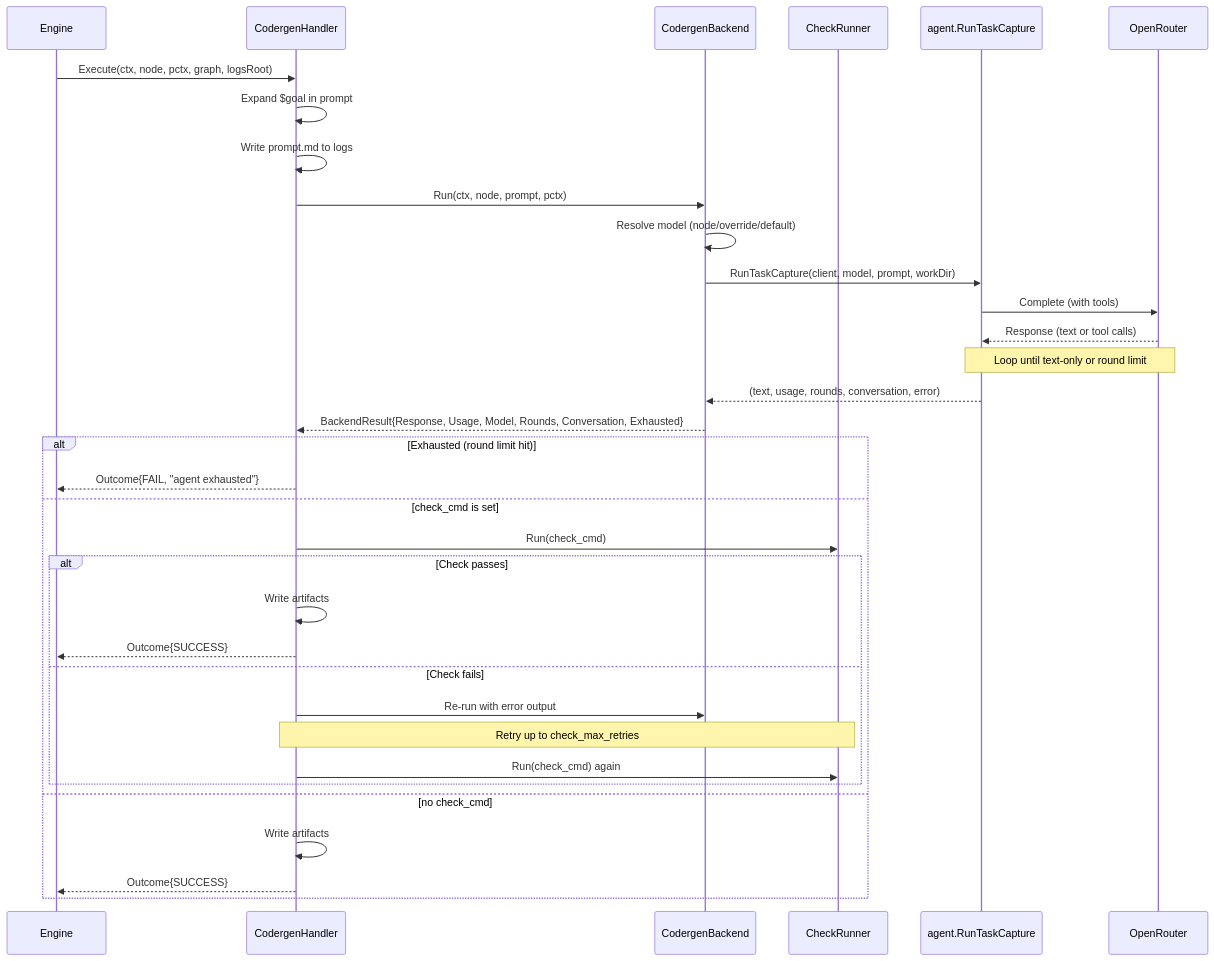
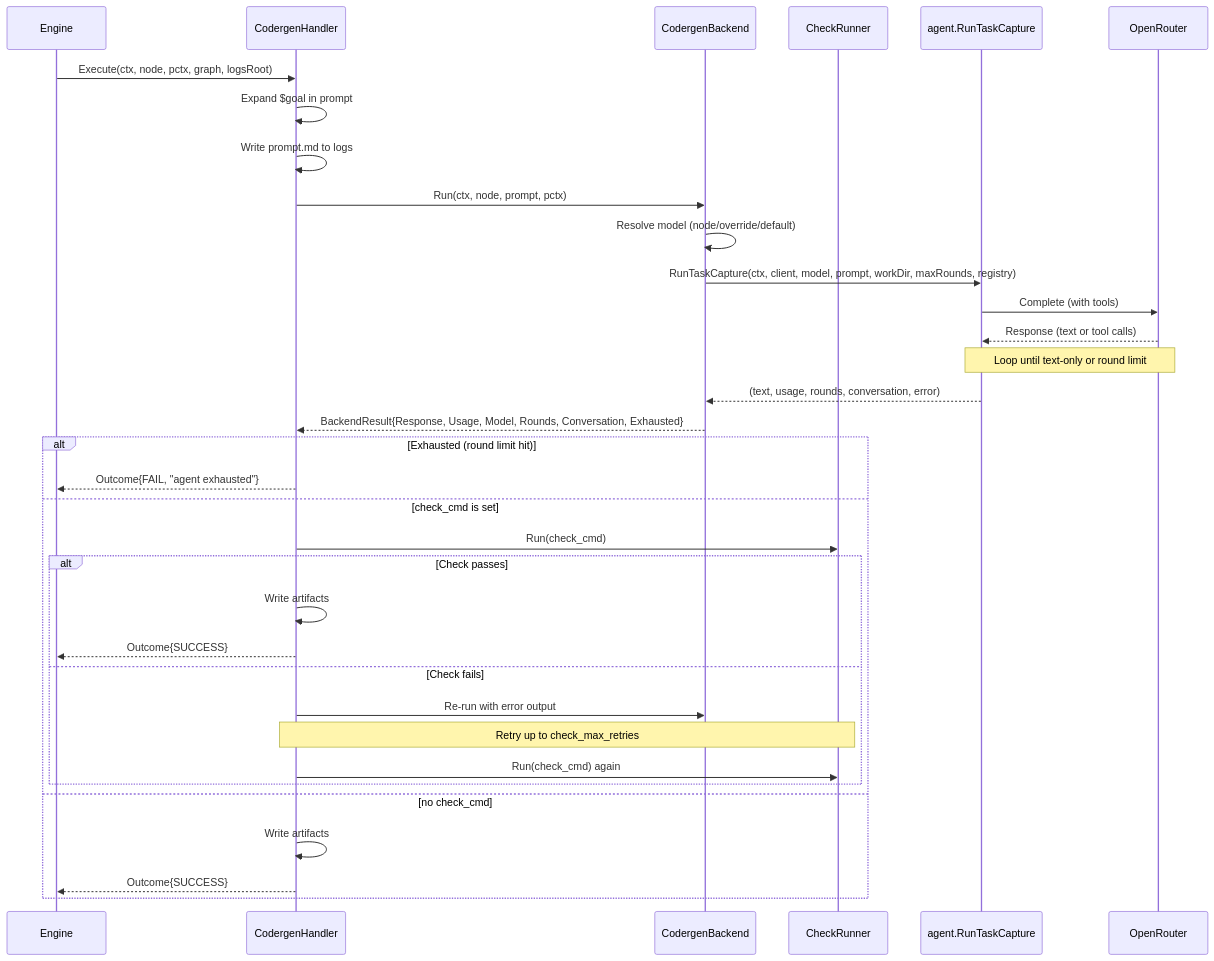
Before and after one commit to campallison/attractor: the ninth of 11 diagrams in docs/architecture.md, drawn with Mermaid. The commit also changed other lines of this file and 11 other files, not shown here.

````diff
--- a/docs/architecture.md
+++ b/docs/architecture.md
@@ -495,38 +501,38 @@
 ```mermaid
 sequenceDiagram
     participant Engine
     participant Codergen as CodergenHandler
     participant Backend as CodergenBackend
     participant CheckRunner
     participant AgentLoop as agent.RunTaskCapture
     participant LLM as OpenRouter
 
     Engine->>Codergen: Execute(ctx, node, pctx, graph, logsRoot)
     Codergen->>Codergen: Expand $goal in prompt
     Codergen->>Codergen: Write prompt.md to logs
     Codergen->>Backend: Run(ctx, node, prompt, pctx)
     Backend->>Backend: Resolve model (node/override/default)
-    Backend->>AgentLoop: RunTaskCapture(client, model, prompt, workDir)
+    Backend->>AgentLoop: RunTaskCapture(ctx, client, model, prompt, workDir, maxRounds, registry)
     AgentLoop->>LLM: Complete (with tools)
     LLM-->>AgentLoop: Response (text or tool calls)
     Note over AgentLoop,LLM: Loop until text-only or round limit
     AgentLoop-->>Backend: (text, usage, rounds, conversation, error)
     Backend-->>Codergen: BackendResult{Response, Usage, Model, Rounds, Conversation, Exhausted}
 
     alt Exhausted (round limit hit)
         Codergen-->>Engine: Outcome{FAIL, "agent exhausted"}
     else check_cmd is set
         Codergen->>CheckRunner: Run(check_cmd)
         alt Check passes
             Codergen->>Codergen: Write artifacts
             Codergen-->>Engine: Outcome{SUCCESS}
         else Check fails
             Codergen->>Backend: Re-run with error output
             Note over Codergen,CheckRunner: Retry up to check_max_retries
             Codergen->>CheckRunner: Run(check_cmd) again
         end
     else no check_cmd
         Codergen->>Codergen: Write artifacts
         Codergen-->>Engine: Outcome{SUCCESS}
     end
 ```
````
